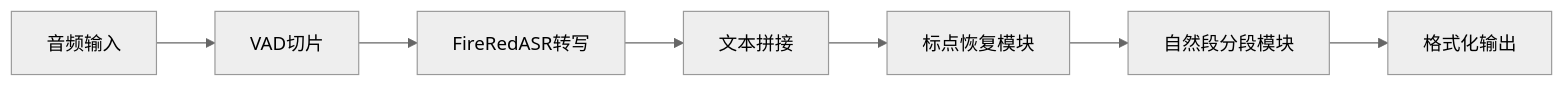
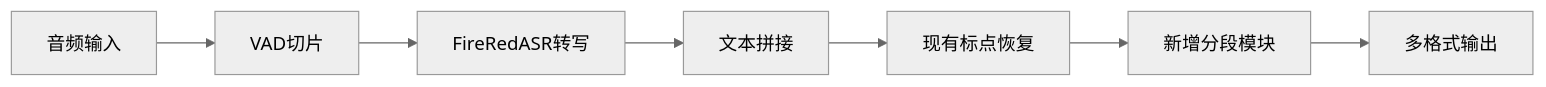
One commit to EchoJonhson/video changed the diagram in plan.md. Above: the diagram before and after it, drawn with Mermaid (neutral theme). The commit also changed other lines of this file, not shown here.

````diff
--- a/plan.md
+++ b/plan.md
@@ -20,9 +20,9 @@
 ```mermaid
 graph LR
-    A[音频输入] --> B[VAD切片]
+    A[音频输入] --> B[VAD切片] 
     B --> C[FireRedASR转写]
     C --> D[文本拼接]
-    D --> E[标点恢复模块]
-    E --> F[自然段分段模块]
-    F --> G[格式化输出]
+    D --> E[现有标点恢复]
+    E --> F[新增分段模块]
+    F --> G[多格式输出]
 ```
````
